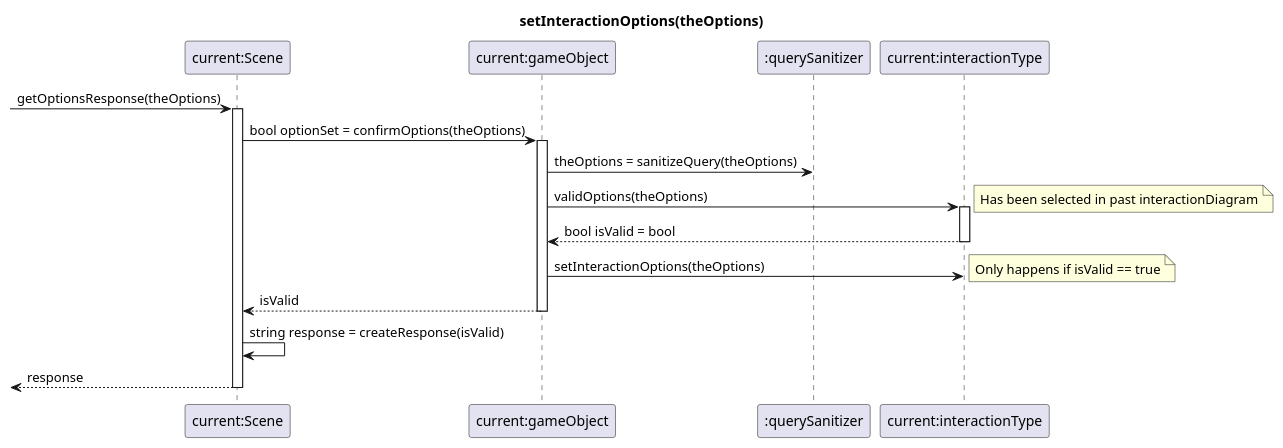
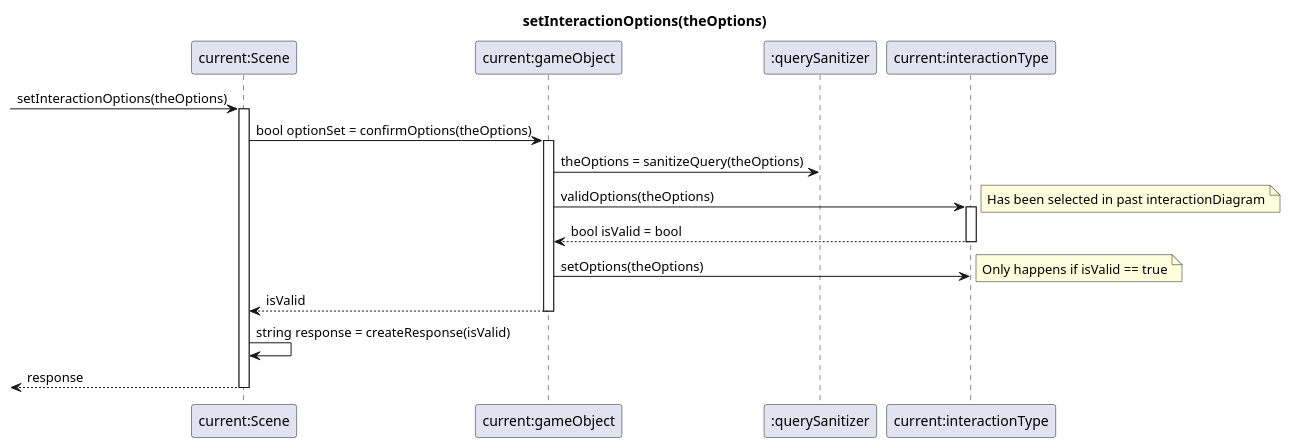
Before and after one commit to NoahHakansson/SE-PA1460: the diagram in setInteraction.pu, drawn with PlantUML. The commit also changed 2 other files, not shown here.

Commit message:
Updated UML in diagrams

```diff
--- a/setInteraction.pu
+++ b/setInteraction.pu
@@ -1,26 +1,16 @@
 @startuml
 
 title setInteractionOptions(theOptions)
-[-> "current:Scene" ++: getOptionsResponse(theOptions) 
+[-> "current:Scene" ++: setInteractionOptions(theOptions)
 "current:Scene" -> "current:gameObject" ++: bool optionSet = confirmOptions(theOptions)
 "current:gameObject" -> ":querySanitizer": theOptions = sanitizeQuery(theOptions)
 "current:gameObject" -> "current:interactionType" ++: validOptions(theOptions)
 note right: Has been selected in past interactionDiagram
 return bool isValid = bool
-"current:gameObject" -> "current:interactionType" : setInteractionOptions(theOptions)
+"current:gameObject" -> "current:interactionType" : setOptions(theOptions)
 note right: Only happens if isValid == true
 return isValid
 "current:Scene" -> "current:Scene": string response = createResponse(isValid)
 return response
 
-
-
-
-
-
-
-
-
-
-
 @enduml
```
